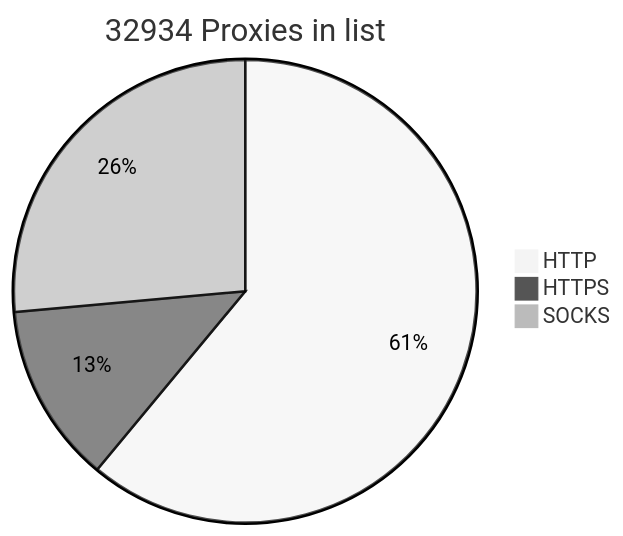
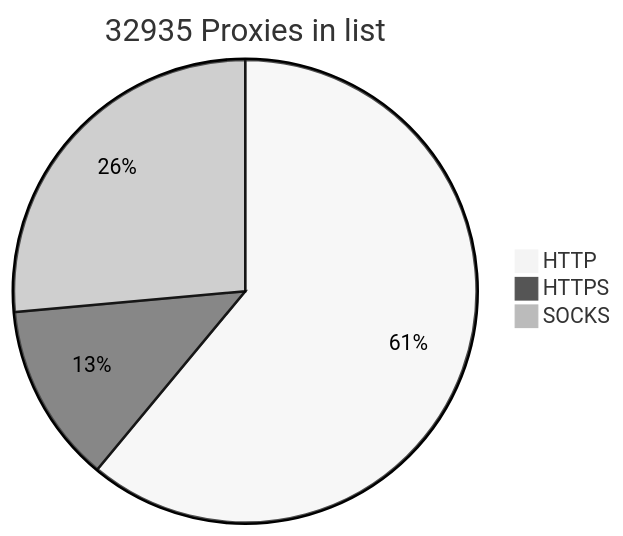
The diagram in README.md (BlackSnowDot/proxylist-update-every-minute), drawn with Mermaid (neutral theme) before and after one commit.

````diff
--- a/README.md
+++ b/README.md
@@ -2,6 +2,6 @@
 ```mermaid
-pie title 32934 Proxies in list
+pie title 32935 Proxies in list
     "HTTP" : 22183
     "HTTPS": 4557
-    "SOCKS" : 9609
+    "SOCKS" : 9610
 ```
````
